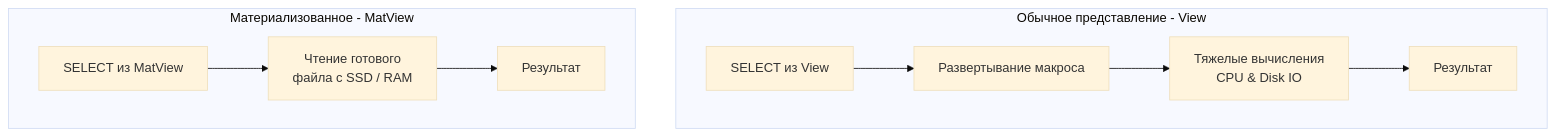
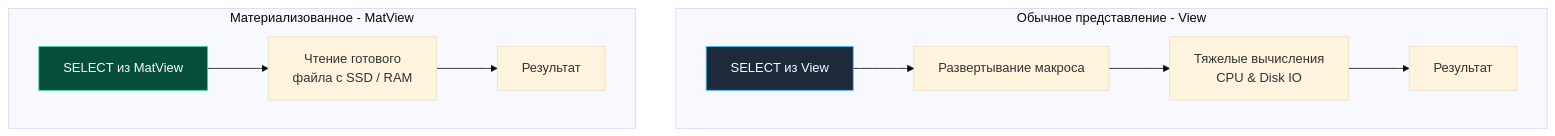
One commit to UnrealTemplier/go-textbook changed the diagram in sources/12. Базы данных/03. SQL продвинутый/12. Представления и materialized views.md. Above: the diagram before and after it, drawn with Mermaid (base theme). The commit also changed 1666 other files, not shown here.

First line of the commit message:
feat(mermaid): add semantic color classDef to 1369 colorless flowchart/graph diagrams

````diff
--- a/sources/12. Базы данных/03. SQL продвинутый/12. Представления и materialized views.md
+++ b/sources/12. Базы данных/03. SQL продвинутый/12. Представления и materialized views.md
@@ -97,13 +97,23 @@
 ```mermaid
 flowchart TD
+    classDef process  fill:#1e293b,stroke:#38bdf8,stroke-width:1px,color:#f8fafc
+    classDef success  fill:#064e3b,stroke:#34d399,stroke-width:1px,color:#f8fafc
+    classDef error    fill:#7f1d1d,stroke:#f87171,stroke-width:1px,color:#f8fafc
+    classDef warning  fill:#78350f,stroke:#fbbf24,stroke-width:1px,color:#f8fafc
+    classDef entry    fill:#1e3a5f,stroke:#38bdf8,stroke-width:2px,color:#f8fafc
+    classDef aux      fill:#334155,stroke:#64748b,stroke-width:1px,color:#f8fafc
+    classDef system   fill:#312e81,stroke:#a78bfa,stroke-width:1px,color:#f8fafc
+    classDef data     fill:#132d29,stroke:#2dd4bf,stroke-width:1px,color:#f8fafc
+    classDef network  fill:#881337,stroke:#fb7185,stroke-width:1px,color:#f8fafc
+    classDef accent   fill:#1e1b4b,stroke:#818cf8,stroke-width:1px,color:#f8fafc
     subgraph View ["Обычное представление - View"]
-        Q1["SELECT из View"] --> AST["Развертывание макроса"]
+        Q1["SELECT из View"]:::process --> AST["Развертывание макроса"]
         AST --> Exec1["Тяжелые вычисления<br>CPU & Disk IO"]
         Exec1 --> Res1["Результат"]
     end
 
     subgraph MatView ["Материализованное - MatView"]
-        Q2["SELECT из MatView"] --> Read["Чтение готового<br>файла с SSD / RAM"]
+        Q2["SELECT из MatView"]:::success --> Read["Чтение готового<br>файла с SSD / RAM"]
         Read --> Res2["Результат"]
     end
 ```
````
